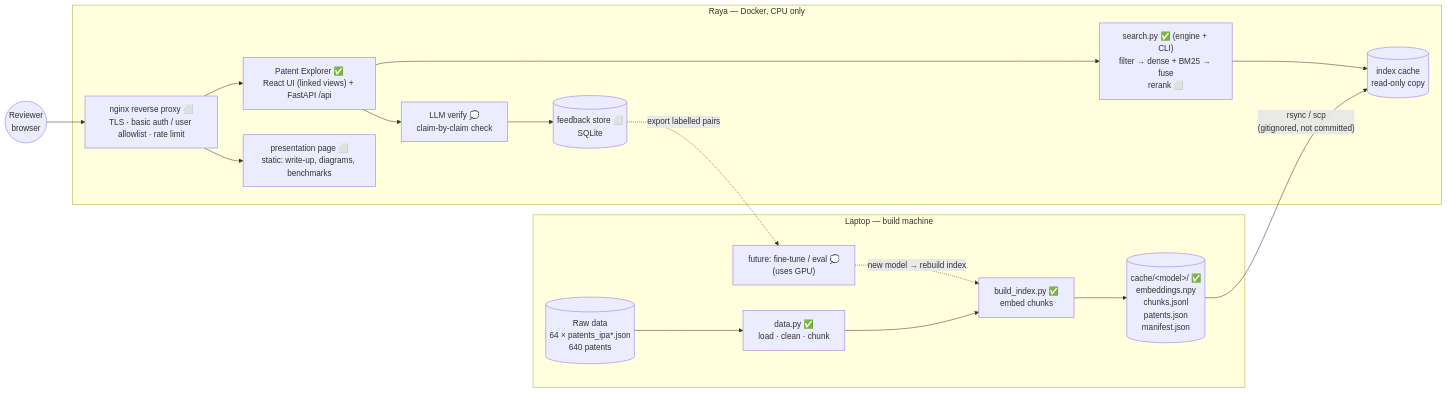
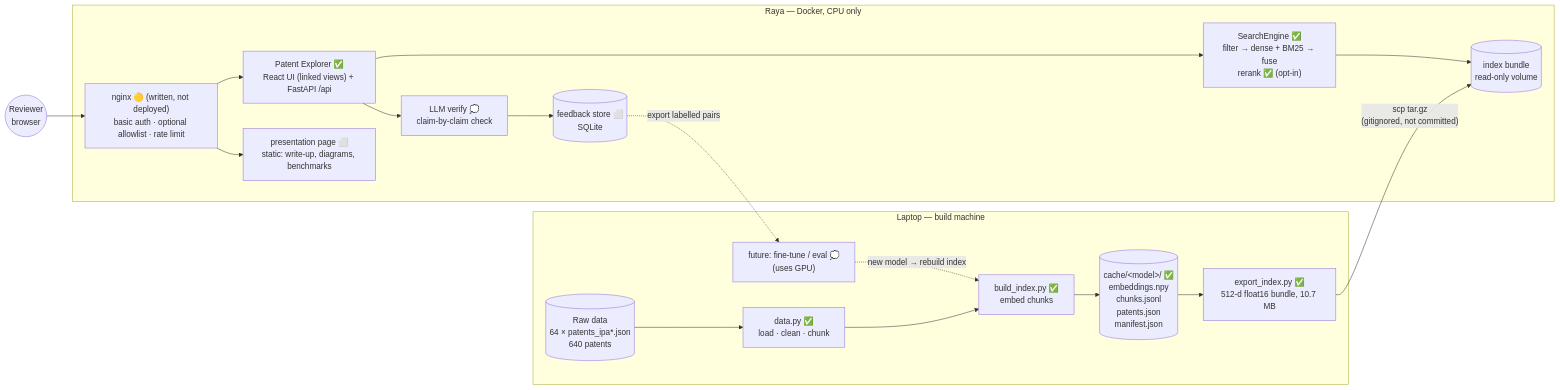
The first of 6 diagrams in ARCHITECTURE.md (AAGF470/thinkstruct), drawn with Mermaid before and after one commit. The commit also changed other lines of this file, not shown here.

First line of the commit message:
Bring ARCHITECTURE.md in line with the built system

````diff
--- a/ARCHITECTURE.md
+++ b/ARCHITECTURE.md
@@ -13,30 +13,31 @@
 ```mermaid
 flowchart LR
     subgraph LAPTOP["Laptop — build machine"]
         RAW[("Raw data<br/>64 × patents_ipa*.json<br/>640 patents")]
         DATA["data.py ✅<br/>load · clean · chunk"]
         BUILD["build_index.py ✅<br/>embed chunks"]
         CACHE[("cache/&lt;model&gt;/ ✅<br/>embeddings.npy<br/>chunks.jsonl<br/>patents.json<br/>manifest.json")]
+        EXPORT["export_index.py ✅<br/>512-d float16 bundle, 10.7 MB"]
         TRAIN["future: fine-tune / eval 💭<br/>(uses GPU)"]
-        RAW --> DATA --> BUILD --> CACHE
+        RAW --> DATA --> BUILD --> CACHE --> EXPORT
     end
 
     subgraph RAYA["Raya — Docker, CPU only"]
-        NGINX["nginx reverse proxy ⬜<br/>TLS · basic auth / user allowlist · rate limit"]
+        NGINX["nginx 🟡 (written, not deployed)<br/>basic auth · optional allowlist · rate limit"]
         WEB["Patent Explorer ✅<br/>React UI (linked views) + FastAPI /api"]
         PRES["presentation page ⬜<br/>static: write-up, diagrams, benchmarks"]
-        SEARCH["search.py ✅ (engine + CLI)<br/>filter → dense + BM25 → fuse<br/>rerank ⬜"]
-        RCACHE[("index cache<br/>read-only copy")]
+        SEARCH["SearchEngine ✅<br/>filter → dense + BM25 → fuse<br/>rerank ✅ (opt-in)"]
+        RCACHE[("index bundle<br/>read-only volume")]
         VERIFY["LLM verify 💭<br/>claim-by-claim check"]
         FB[("feedback store ⬜<br/>SQLite")]
         NGINX --> WEB
         NGINX --> PRES
         WEB --> SEARCH --> RCACHE
         WEB --> VERIFY --> FB
     end
 
     USER(("Reviewer<br/>browser")) --> NGINX
-    CACHE -- "rsync / scp<br/>(gitignored, not committed)" --> RCACHE
+    EXPORT -- "scp tar.gz<br/>(gitignored, not committed)" --> RCACHE
     FB -. "export labelled pairs" .-> TRAIN
     TRAIN -. "new model → rebuild index" .-> BUILD
 ```
````
